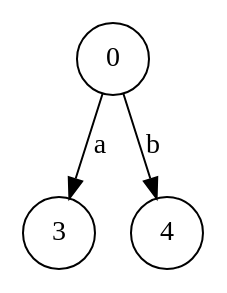
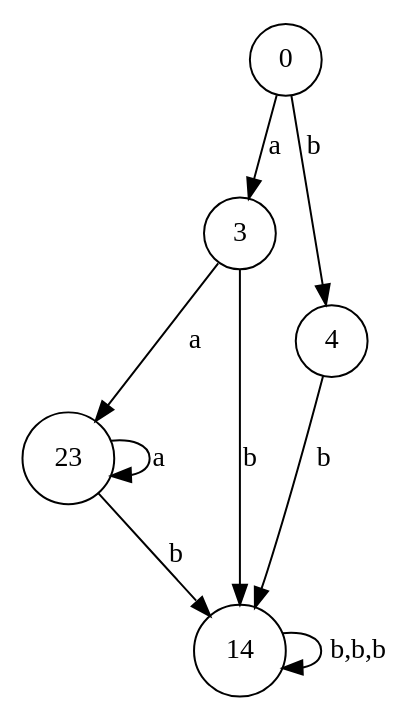
Before and after one commit to igorbragaia/CTC-34: the diagram in projeto_1/test-output/graph.gv, drawn with Graphviz. The commit also changed 2 other files, not shown here.

```diff
--- a/projeto_1/test-output/graph.gv
+++ b/projeto_1/test-output/graph.gv
@@ -1,7 +1,15 @@
 digraph {
 	0 [shape=circle]
 	3 [shape=circle]
 	4 [shape=circle]
+	23 [shape=circle]
+	14 [shape=circle]
 	0 -> 3 [label=a]
 	0 -> 4 [label=b]
+	3 -> 23 [label=a]
+	3 -> 14 [label=b]
+	4 -> 14 [label=b]
+	23 -> 23 [label=a]
+	23 -> 14 [label=b]
+	14 -> 14 [label="b,b,b"]
 }
```
